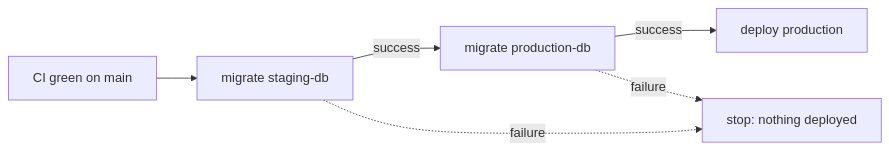
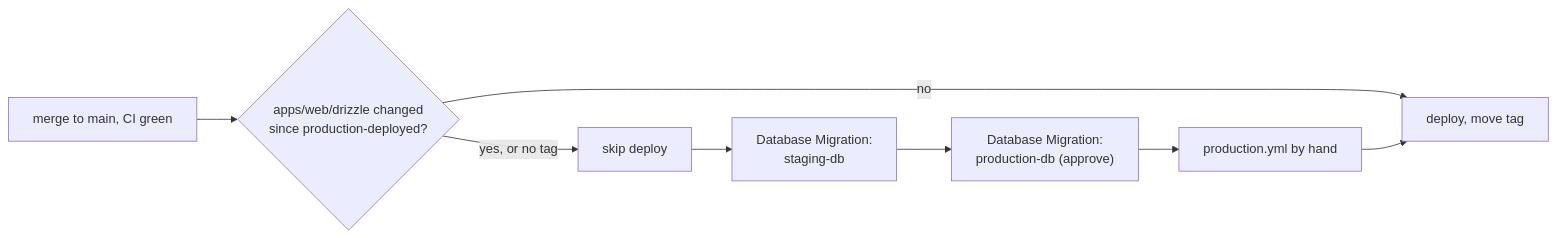
The second of 4 diagrams in docs/architecture/flows/deployment.md (bhimrazy/receipt-ocr-app), drawn with Mermaid before and after one commit. The commit also changed other lines of this file and 5 other files, not shown here.

First line of the commit message:
docs: manual migration flow and the deploy gate

````diff
--- a/docs/architecture/flows/deployment.md
+++ b/docs/architecture/flows/deployment.md
@@ -62,8 +71,10 @@
 ```mermaid
 flowchart LR
-  ci["CI green on main"] --> s["migrate staging-db"]
-  s -- success --> p["migrate production-db"]
-  p -- success --> d["deploy production"]
-  s -. failure .-> stop["stop: nothing deployed"]
-  p -. failure .-> stop
+  merge["merge to main, CI green"] --> gate{"apps/web/drizzle changed<br/>since production-deployed?"}
+  gate -- no --> d["deploy, move tag"]
+  gate -- "yes, or no tag" --> skip["skip deploy"]
+  skip --> s["Database Migration:<br/>staging-db"]
+  s --> p["Database Migration:<br/>production-db (approve)"]
+  p --> m["production.yml by hand"]
+  m --> d
 ```
````
